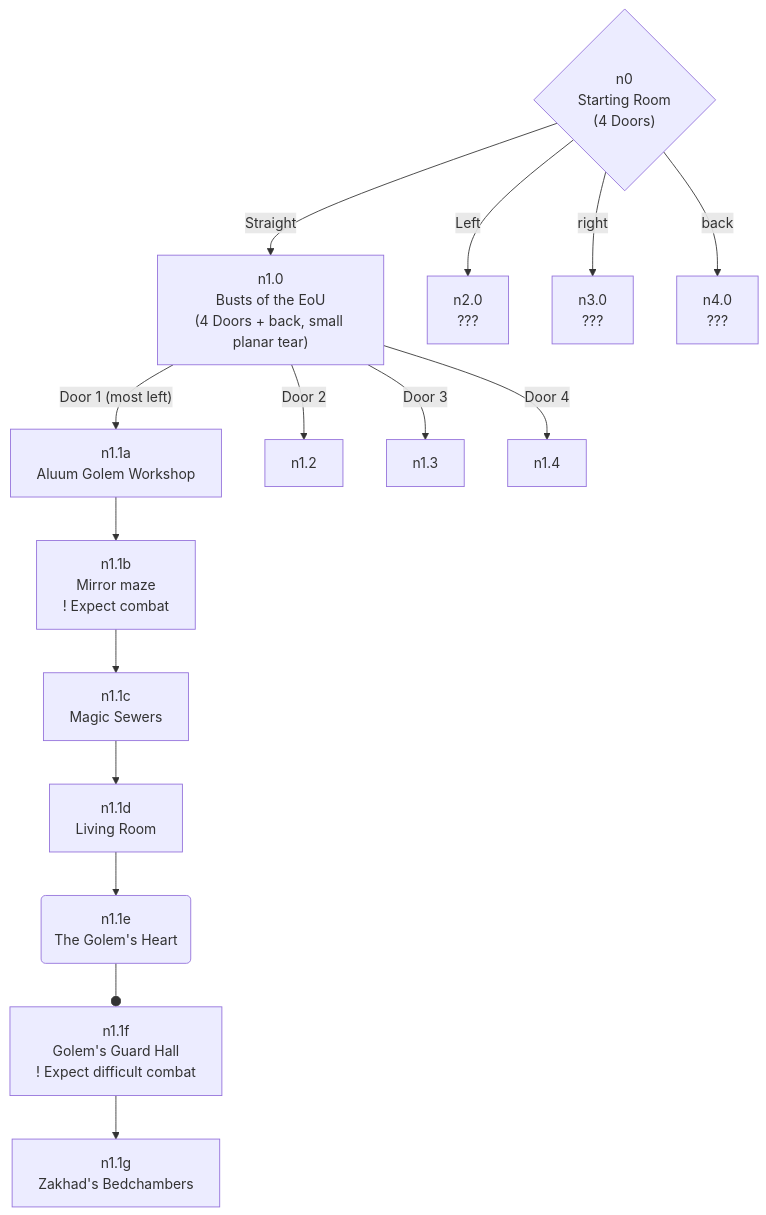
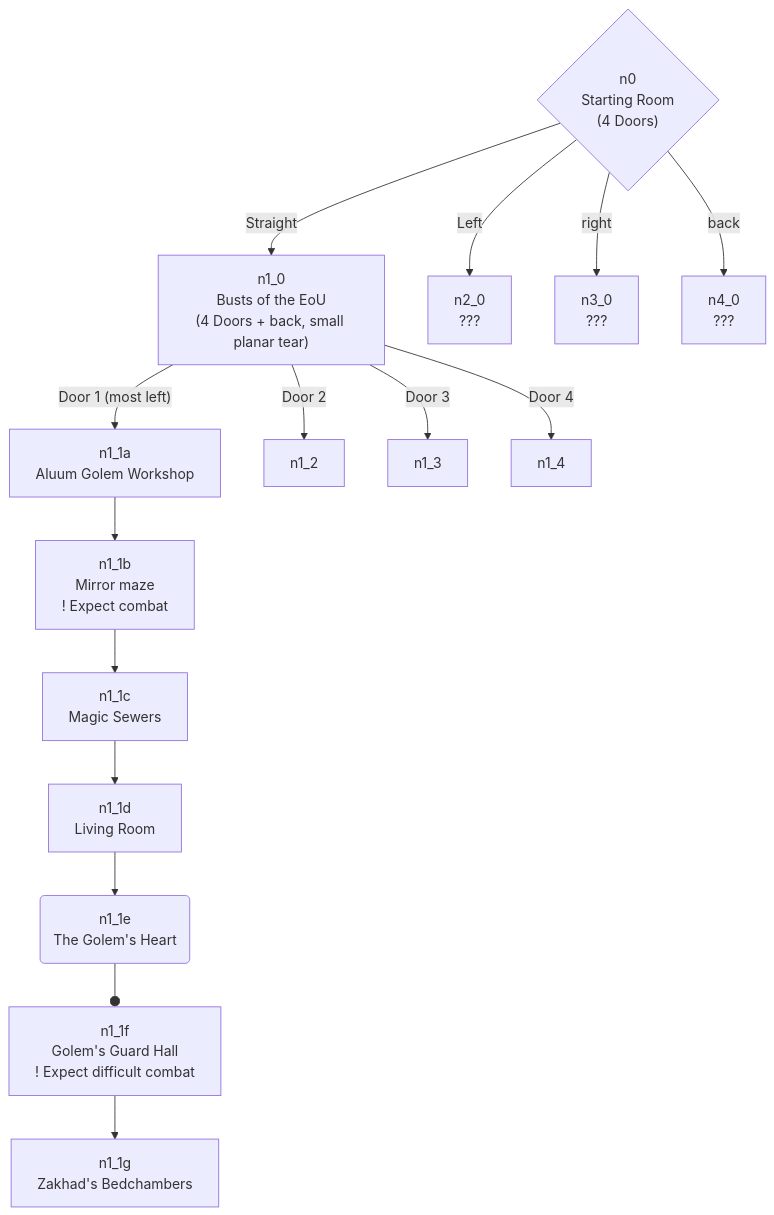
Before and after one commit to Zorth/void_player_wiki: the diagram in content/World Notes/Wizard tower of Zakhad.md, drawn with Mermaid. The commit also changed other lines of this file, not shown here.

Commit message:
fix mermaidjs error

````diff
--- a/content/World Notes/Wizard tower of Zakhad.md
+++ b/content/World Notes/Wizard tower of Zakhad.md
@@ -16,41 +16,41 @@
 ```mermaid
 flowchart TB
 
 	n0{"n0<br>Starting Room<br>(4 Doors)"}
-	n0 -- Straight --> n1.0
-	n0 -- Left --> n2.0
-	n0 -- right --> n3.0
-	n0 -- back --> n4.0
+	n0 -- Straight --> n1_0
+	n0 -- Left --> n2_0
+	n0 -- right --> n3_0
+	n0 -- back --> n4_0
 	
 	%% n1 = straight at entrance
-	n1.0["n1.0<br>Busts of the EoU<br>(4 Doors + back, small planar tear)"]
-	n1.0 -- Door 1 (most left) --> n1.1a
-	n1.0 -- Door 2 --> n1.2
-	n1.0 -- Door 3 --> n1.3
-	n1.0 -- Door 4 --> n1.4
+	n1_0["n1_0<br>Busts of the EoU<br>(4 Doors + back, small planar tear)"]
+	n1_0 -- Door 1 (most left) --> n1_1a
+	n1_0 -- Door 2 --> n1_2
+	n1_0 -- Door 3 --> n1_3
+	n1_0 -- Door 4 --> n1_4
 
-	%% n1.1 = first door (a, b, ... is linear depth)
-	n1.1a["n1.1a<br>Aluum Golem Workshop"]
-	n1.1a --> n1.1b
-	n1.1b["n1.1b<br>Mirror maze<br>! Expect combat"]
-	n1.1b --> n1.1c
-	n1.1c["n1.1c<br>Magic Sewers"]
-	n1.1c --> n1.1d
-	n1.1d["n1.1d<br>Living Room"]
-	n1.1d --> n1.1e
-	n1.1e("n1.1e<br>The Golem's Heart")
-	n1.1e --o n1.1f
-	n1.1f["n1.1f<br>Golem's Guard Hall<br>! Expect difficult combat"]
-	n1.1f --> n1.1g
-	n1.1g["n1.1g<br>Zakhad's Bedchambers"]
+	%% n1_1 = first door (a, b, ___ is linear depth)
+	n1_1a["n1_1a<br>Aluum Golem Workshop"]
+	n1_1a --> n1_1b
+	n1_1b["n1_1b<br>Mirror maze<br>! Expect combat"]
+	n1_1b --> n1_1c
+	n1_1c["n1_1c<br>Magic Sewers"]
+	n1_1c --> n1_1d
+	n1_1d["n1_1d<br>Living Room"]
+	n1_1d --> n1_1e
+	n1_1e("n1_1e<br>The Golem's Heart")
+	n1_1e --o n1_1f
+	n1_1f["n1_1f<br>Golem's Guard Hall<br>! Expect difficult combat"]
+	n1_1f --> n1_1g
+	n1_1g["n1_1g<br>Zakhad's Bedchambers"]
 	
 	%% n2 = left at entrance
-	n2.0[n2.0<br>???]
+	n2_0[n2_0<br>???]
 
 	%% n3 = right at entrance
-	n3.0[n3.0<br>???]
+	n3_0[n3_0<br>???]
 	
 	%% n4 = back at entrance	
-	n4.0[n4.0<br>???]
+	n4_0[n4_0<br>???]
 
 ```
````
